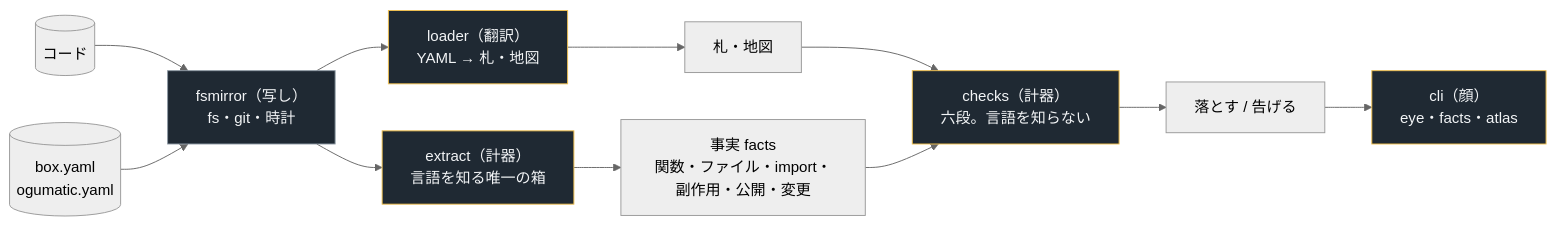
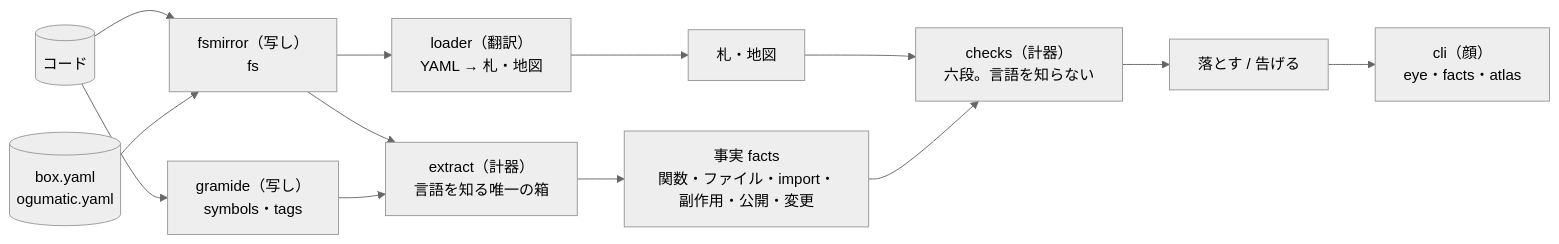
Before and after one commit to O6lvl4/ogumatic-module-design: the diagram in docs/05-eye.md, drawn with Mermaid (neutral theme). The commit also changed other lines of this file and 140 other files, not shown here.

````diff
--- a/docs/05-eye.md
+++ b/docs/05-eye.md
@@ -30,26 +32,24 @@
 ```mermaid
 flowchart LR
   code[("コード")]
   cards[("box.yaml<br/>ogumatic.yaml")]
-  fsmirror["fsmirror（写し）<br/>fs・git・時計"]
+  fsmirror["fsmirror（写し）<br/>fs"]
+  gramide["gramide（写し）<br/>symbols・tags"]
   loader["loader（翻訳）<br/>YAML → 札・地図"]
   extract["extract（計器）<br/>言語を知る唯一の箱"]
   world["札・地図"]
   facts["事実 facts<br/>関数・ファイル・import・副作用・公開・変更"]
   checks["checks（計器）<br/>六段。言語を知らない"]
   findings["落とす / 告げる"]
   cli["cli（顔）<br/>eye・facts・atlas"]
 
   code --> fsmirror
   cards --> fsmirror
+  code --> gramide
   fsmirror --> loader --> world
-  fsmirror --> extract --> facts
+  fsmirror --> extract
+  gramide --> extract --> facts
   world --> checks
   facts --> checks
   checks --> findings --> cli
-
-  classDef m fill:#1f2933,stroke:#8d99a4,color:#f2f4f6
-  classDef k fill:#1f2933,stroke:#f2c14e,color:#f2f4f6
-  class fsmirror m
-  class loader,extract,checks,cli k
 ```
````
